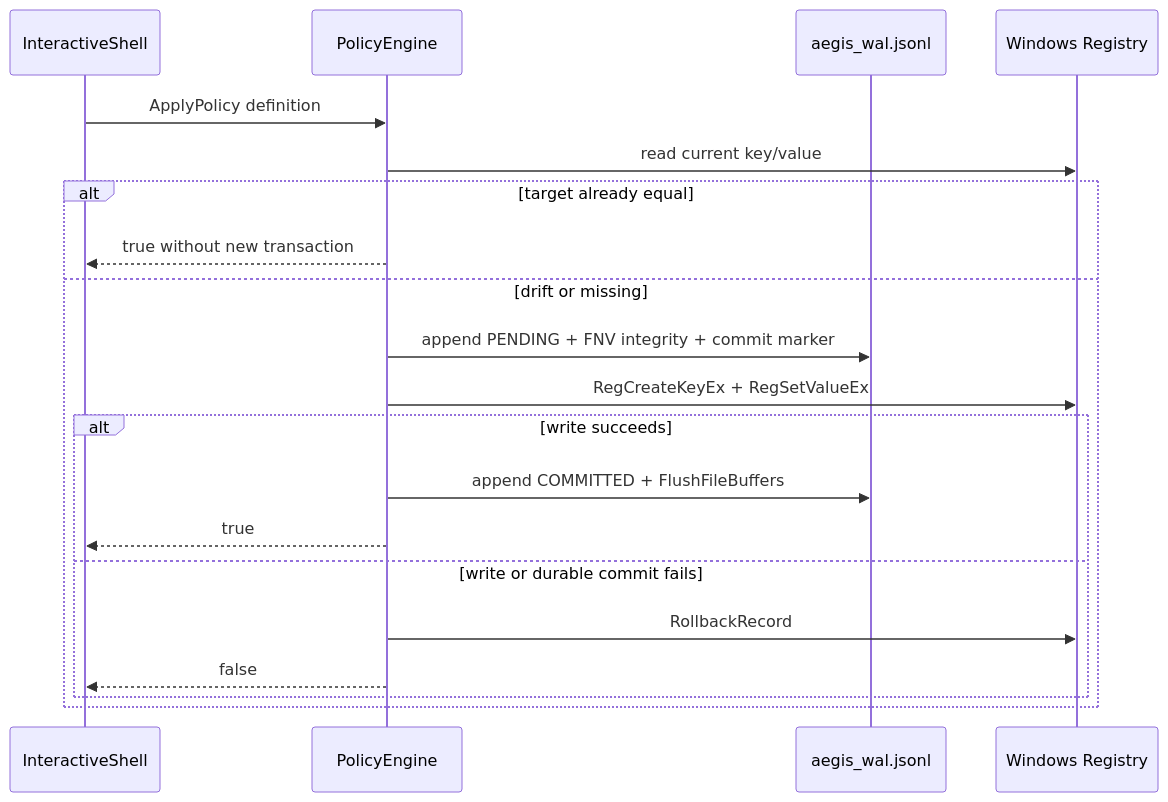
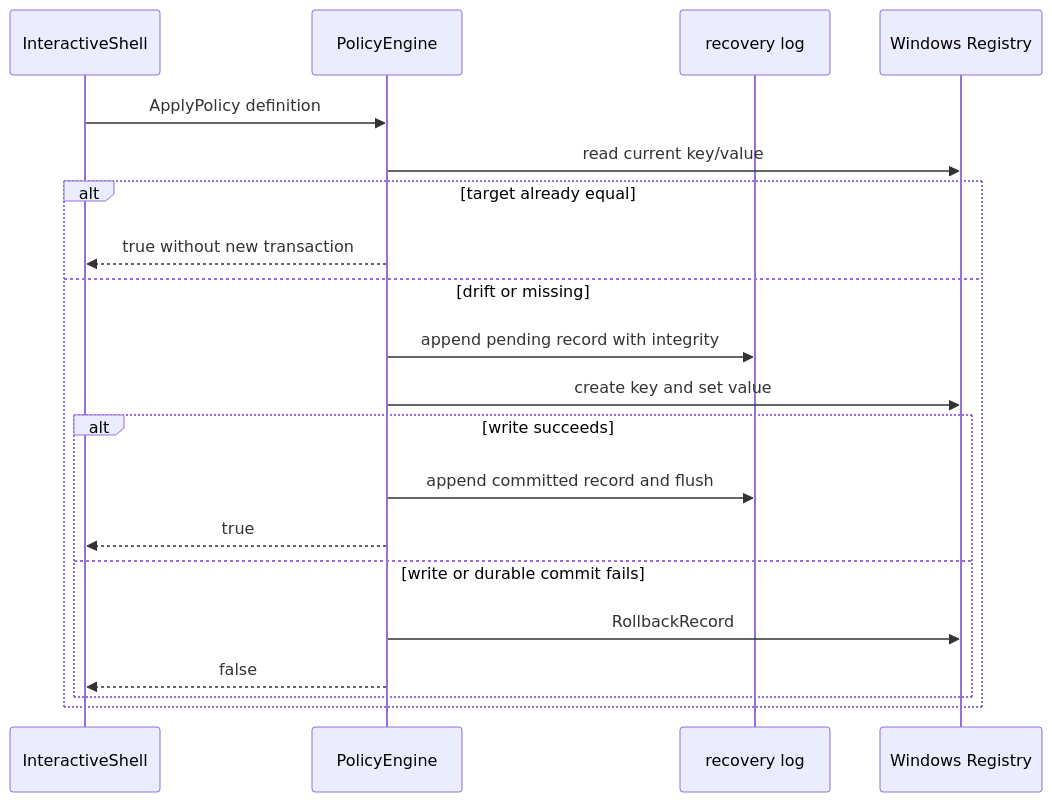
Before and after one commit to genesisgzdev/Aegis11: the second of 3 diagrams in docs/ARCHITECTURE.md, drawn with Mermaid. The commit also changed other lines of this file and 1 other file, not shown here.

Commit message:
Fix GitHub Mermaid diagrams

```diff
--- a/docs/ARCHITECTURE.md
+++ b/docs/ARCHITECTURE.md
@@ -31,22 +31,22 @@
 ~~~mermaid
 sequenceDiagram
     participant UI as InteractiveShell
     participant PE as PolicyEngine
-    participant WAL as aegis_wal.jsonl
+    participant WAL as recovery log
     participant REG as Windows Registry
     UI->>PE: ApplyPolicy definition
     PE->>REG: read current key/value
     alt target already equal
       PE-->>UI: true without new transaction
     else drift or missing
-      PE->>WAL: append PENDING + FNV integrity + commit marker
-      PE->>REG: RegCreateKeyEx + RegSetValueEx
+    PE->>WAL: append pending record with integrity
+    PE->>REG: create key and set value
       alt write succeeds
-        PE->>WAL: append COMMITTED + FlushFileBuffers
+        PE->>WAL: append committed record and flush
         PE-->>UI: true
       else write or durable commit fails
         PE->>REG: RollbackRecord
         PE-->>UI: false
       end
     end
 ~~~
```
